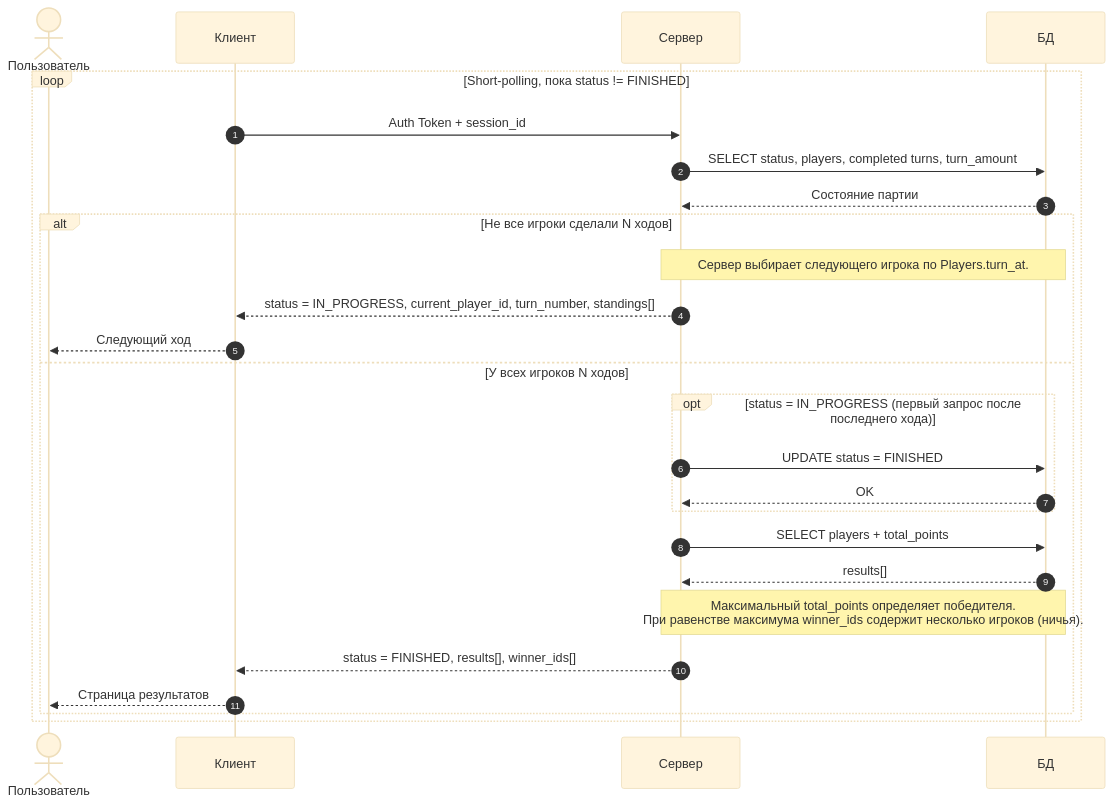
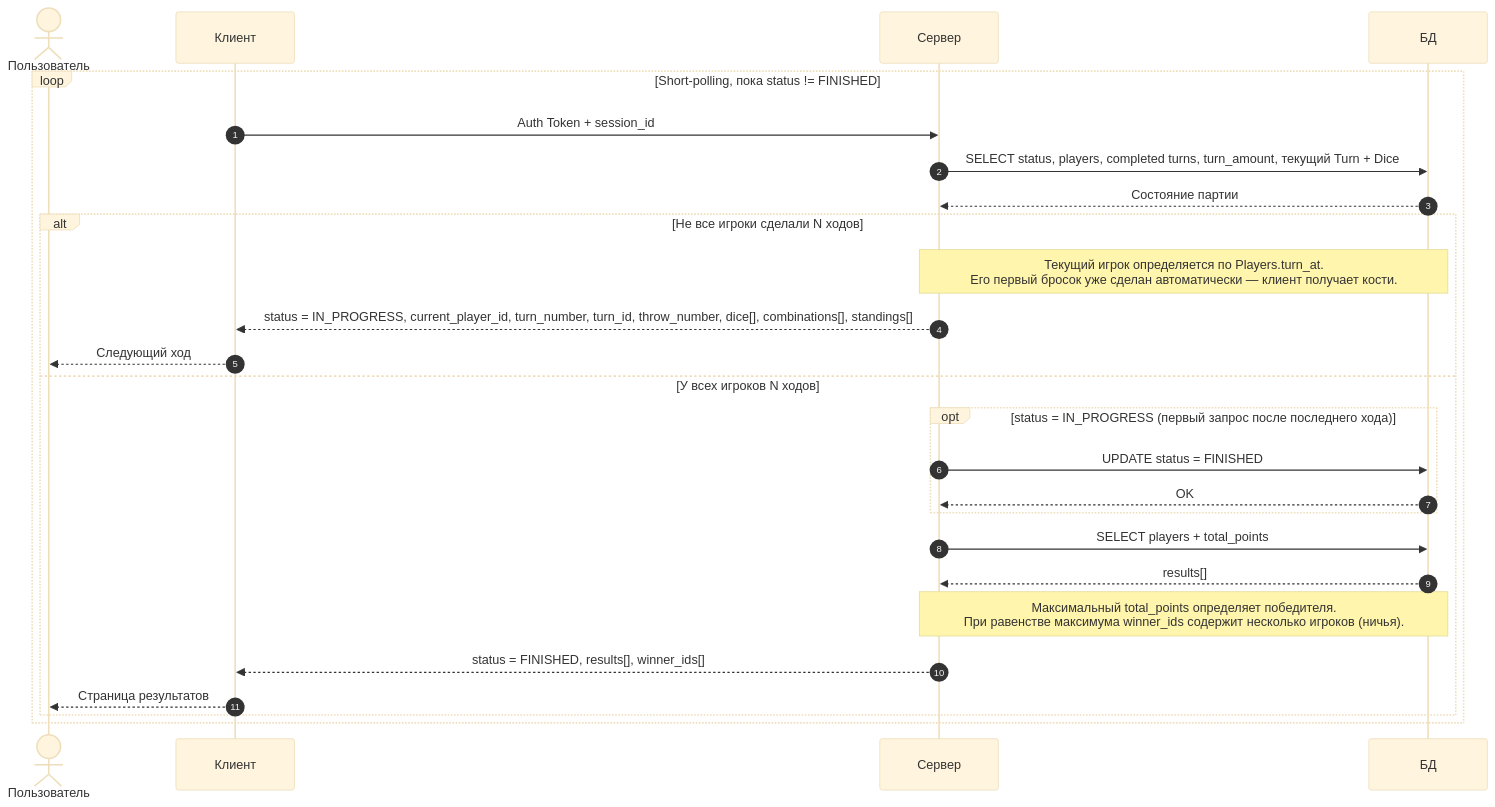
Before and after one commit to seventwogth/databases-itmo: diagram 11 of 12 in docs/api-schema.md, drawn with Mermaid (base theme). The commit also changed other lines of this file and 1 other file, not shown here.

First line of the commit message:
docs: merge game start and first dice throw into one request

````diff
--- a/docs/api-schema.md
+++ b/docs/api-schema.md
@@ -237,29 +228,29 @@
 ```mermaid
 sequenceDiagram
     autonumber
     actor U as Пользователь
     participant C as Клиент
     participant S as Сервер
     participant DB as БД
 
     loop Short-polling, пока status != FINISHED
         C->>S: Auth Token + session_id
-        S->>DB: SELECT status, players, completed turns, turn_amount
+        S->>DB: SELECT status, players, completed turns, turn_amount, текущий Turn + Dice
         DB-->>S: Состояние партии
         alt Не все игроки сделали N ходов
-            Note over S,DB: Сервер выбирает следующего игрока по Players.turn_at.
-            S-->>C: status = IN_PROGRESS, current_player_id, turn_number, standings[]
+            Note over S,DB: Текущий игрок определяется по Players.turn_at.<br/>Его первый бросок уже сделан автоматически — клиент получает кости.
+            S-->>C: status = IN_PROGRESS, current_player_id, turn_number, turn_id, throw_number, dice[], combinations[], standings[]
             C-->>U: Следующий ход
         else У всех игроков N ходов
             opt status = IN_PROGRESS (первый запрос после последнего хода)
                 S->>DB: UPDATE status = FINISHED
                 DB-->>S: OK
             end
             S->>DB: SELECT players + total_points
             DB-->>S: results[]
             Note over S,DB: Максимальный total_points определяет победителя.<br/>При равенстве максимума winner_ids содержит несколько игроков (ничья).
             S-->>C: status = FINISHED, results[], winner_ids[]
             C-->>U: Страница результатов
         end
     end
 ```
````
